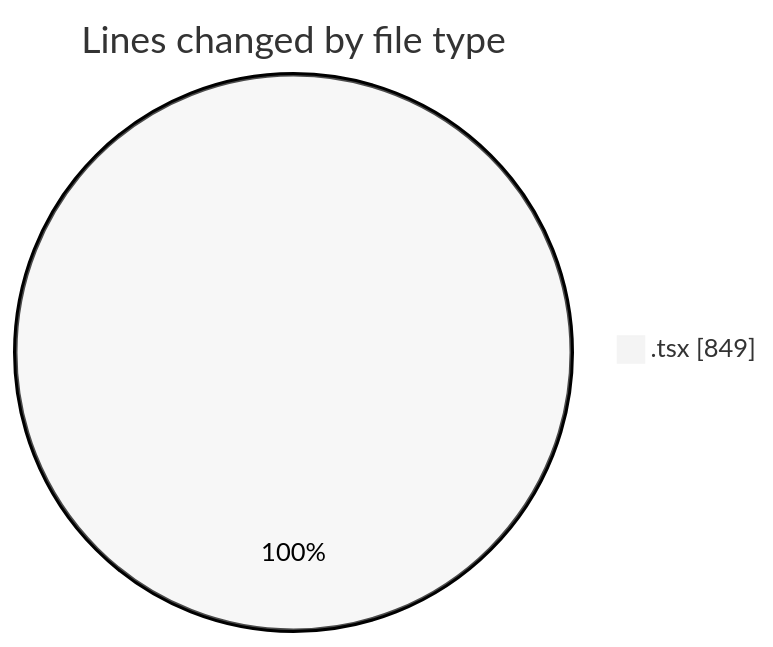
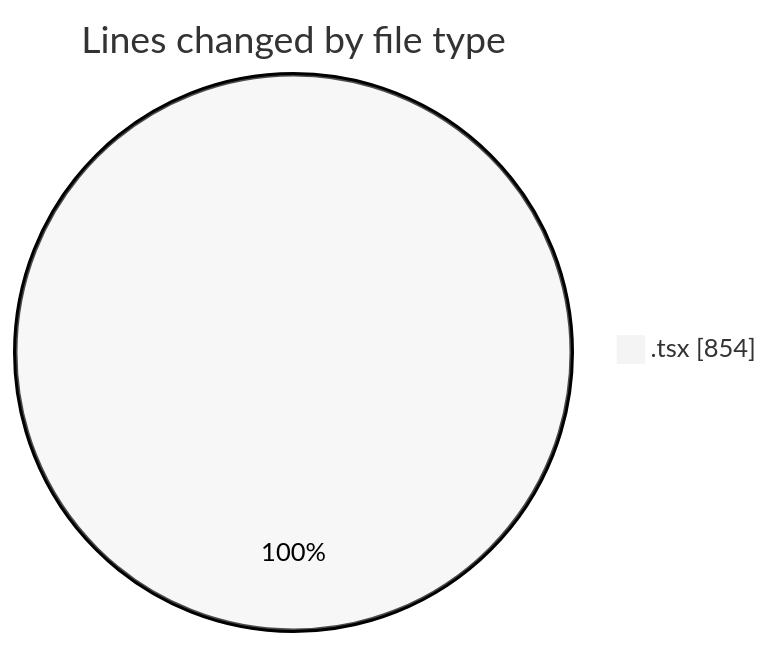
One commit to momahboobian/code-tracking changed the first of 2 diagrams in 2025-09-15/cda/README.md. Above: the diagram before and after it, drawn with Mermaid (neutral theme). The commit also changed other lines of this file and 1 other file, not shown here.

````diff
--- a/2025-09-15/cda/README.md
+++ b/2025-09-15/cda/README.md
@@ -21,5 +21,5 @@
 ```mermaid
 pie showData
 title Lines changed by file type
-".tsx" : 849
+".tsx" : 854
 ```
````
